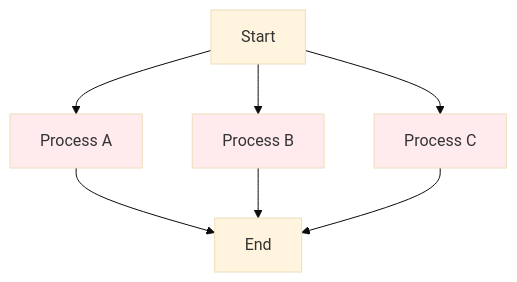
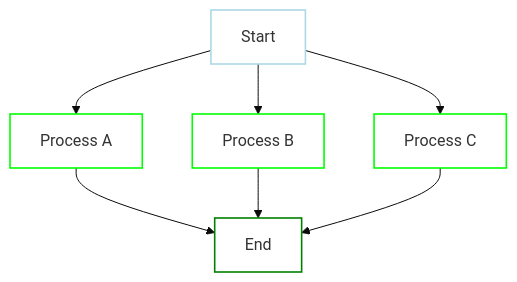
One commit to dagu-org/dagu changed the second of 8 diagrams in docs-next/writing-workflows/examples/index.md. Above: the diagram before and after it, drawn with Mermaid (base theme). The commit also changed other lines of this file and 2 other files, not shown here.

````diff
--- a/docs-next/writing-workflows/examples/index.md
+++ b/docs-next/writing-workflows/examples/index.md
@@ -48,12 +48,14 @@
 ```mermaid
 graph TD
     A[Start] --> B[Process A]
     A --> C[Process B]
     A --> D[Process C]
     B --> E[End]
     C --> E
     D --> E
-    style B fill:#ffebee
-    style C fill:#ffebee
-    style D fill:#ffebee
+    style A fill:white,stroke:lightblue,stroke-width:1.6px
+    style B fill:white,stroke:lime,stroke-width:1.6px
+    style C fill:white,stroke:lime,stroke-width:1.6px
+    style D fill:white,stroke:lime,stroke-width:1.6px
+    style E fill:white,stroke:green,stroke-width:1.6px
 ```
````
